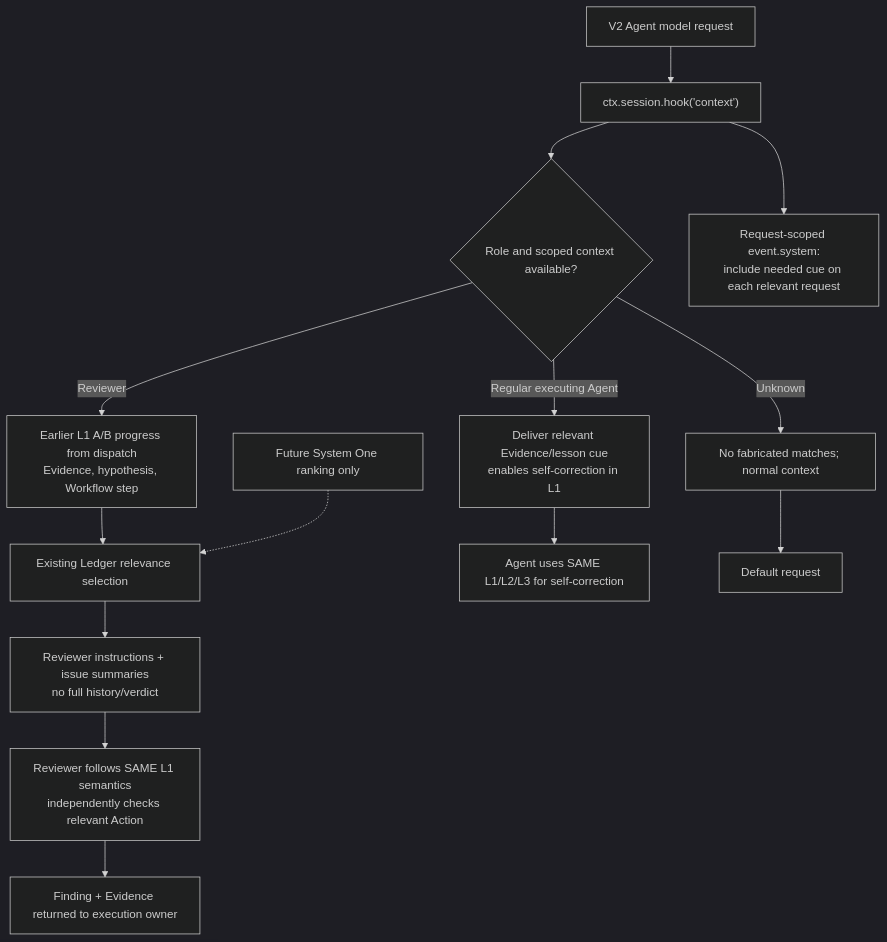
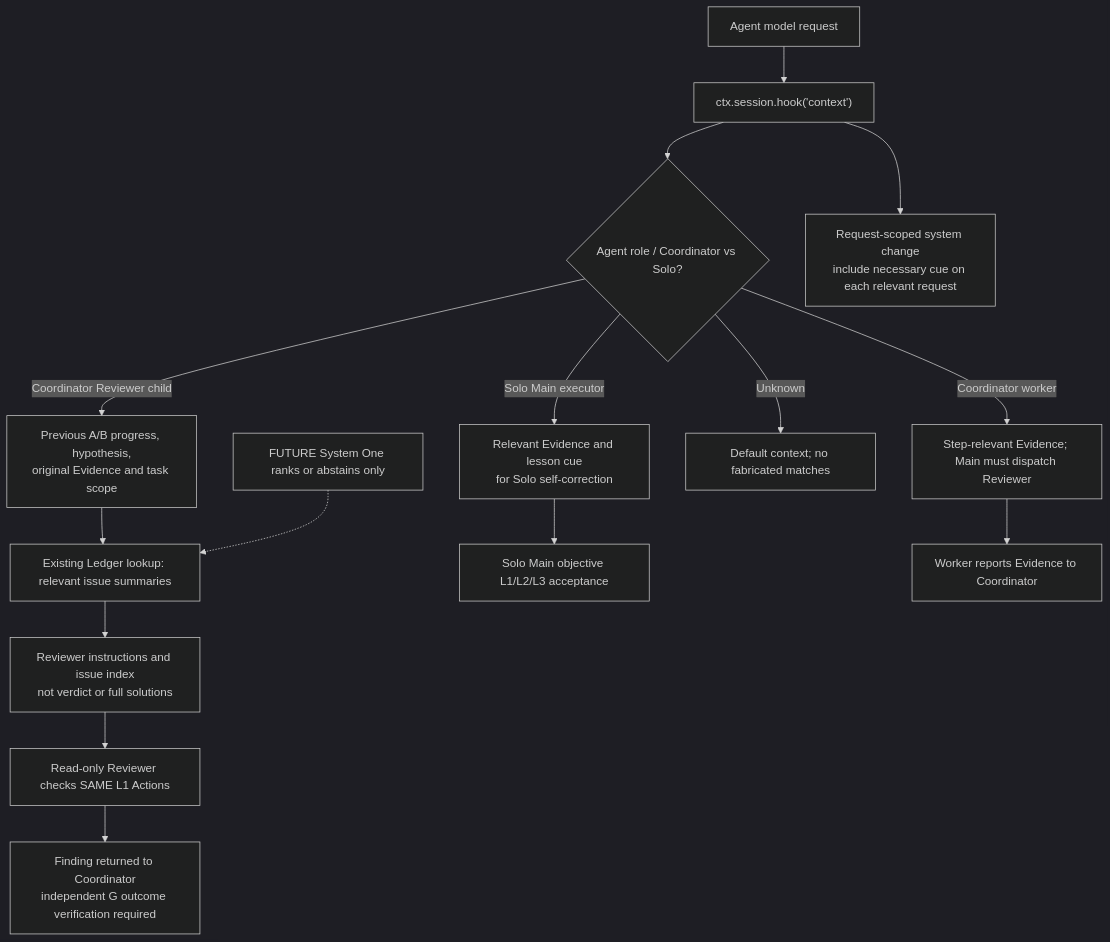
The second of 2 diagrams in docs/discussions/error-hook-framework/opencode-v2.md (dyphn1/Harness-everything), drawn with Mermaid (dark theme) before and after one commit. The commit also changed other lines of this file, not shown here.

Commit message:
docs(hooks): OpenCode V2 coordinator reviewer mandatory and solo Main correction paths (#439)

````diff
--- a/docs/discussions/error-hook-framework/opencode-v2.md
+++ b/docs/discussions/error-hook-framework/opencode-v2.md
@@ -64,16 +65,17 @@
 ```mermaid
 flowchart TD
-  REQ["V2 Agent model request"] --> CH["ctx.session.hook('context')"]
-  CH --> AGENT{"Role and scoped context available?"}
-  AGENT -->|Regular executing Agent| SELF["Deliver relevant Evidence/lesson cue<br/>enables self-correction in L1"]
-  AGENT -->|Reviewer| PKT["Earlier L1 A/B progress from dispatch<br/>Evidence, hypothesis, Workflow step"]
-  AGENT -->|Unknown| FALL["No fabricated matches; normal context"]
-  PKT --> SELECT["Existing Ledger relevance selection"]
-  S1["Future System One ranking only"] -.-> SELECT
-  SELECT --> LIST["Reviewer instructions + issue summaries<br/>no full history/verdict"]
-  LIST --> VALIDATE["Reviewer follows SAME L1 semantics<br/>independently checks relevant Action"]
-  SELF --> EXEC["Agent uses SAME L1/L2/L3 for self-correction"]
-  VALIDATE --> FIND["Finding + Evidence returned to execution owner"]
-  FALL --> STANDARD["Default request"]
-  CH --> NOTE["Request-scoped event.system:<br/>include needed cue on each relevant request"]
+  REQ["Agent model request"] --> CH["ctx.session.hook('context')"]
+  CH --> ROLE{"Agent role / Coordinator vs Solo?"}
+  ROLE -->|Solo Main executor| SO["Relevant Evidence and lesson cue<br/>for Solo self-correction"]
+  ROLE -->|Coordinator worker| EW["Step-relevant Evidence; Main must dispatch Reviewer"]
+  ROLE -->|Coordinator Reviewer child| PKT["Previous A/B progress, hypothesis,<br/>original Evidence and task scope"]
+  ROLE -->|Unknown| FALL["Default context; no fabricated matches"]
+  PKT --> SELECT["Existing Ledger lookup: relevant issue summaries"]
+  S1["FUTURE System One ranks or abstains only"] -.-> SELECT
+  SELECT --> LIST["Reviewer instructions and issue index<br/>not verdict or full solutions"]
+  LIST --> RV["Read-only Reviewer checks SAME L1 Actions"]
+  RV --> FIND["Finding returned to Coordinator<br/>independent G outcome verification required"]
+  SO --> RUN["Solo Main objective L1/L2/L3 acceptance"]
+  EW --> RETURN["Worker reports Evidence to Coordinator"]
+  CH --> SCOPE["Request-scoped system change<br/>include necessary cue on each relevant request"]
 ```
````
